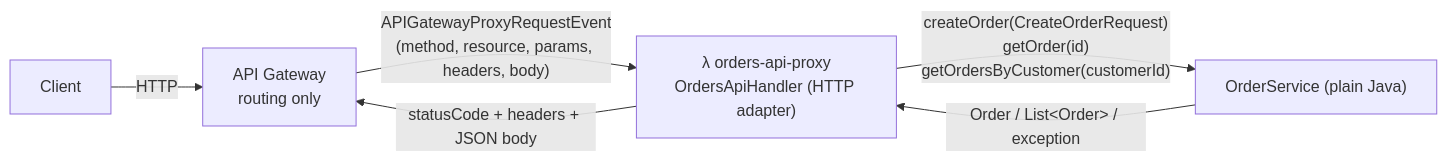
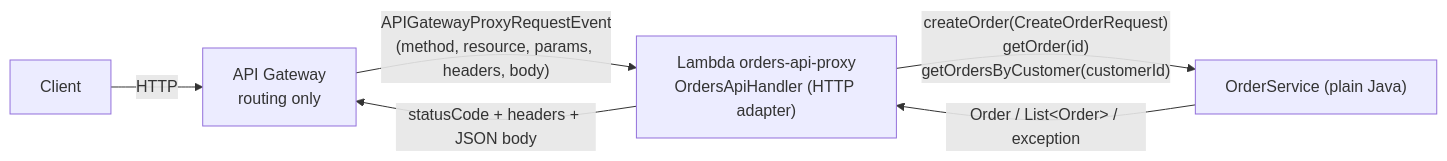
Before and after one commit to Valentina-33/orders-api: the third of 4 diagrams in README.md, drawn with Mermaid. The commit also changed other lines of this file and 6 other files, not shown here.

````diff
--- a/README.md
+++ b/README.md
@@ -444,8 +447,8 @@
 ```mermaid
 flowchart LR
     C[Client] -->|HTTP| G["API Gateway<br/>routing only"]
-    G -->|"APIGatewayProxyRequestEvent<br/>(method, resource, params, headers, body)"| H["λ orders-api-proxy<br/>OrdersApiHandler (HTTP adapter)"]
+    G -->|"APIGatewayProxyRequestEvent<br/>(method, resource, params, headers, body)"| H["Lambda orders-api-proxy<br/>OrdersApiHandler (HTTP adapter)"]
     H -->|"createOrder(CreateOrderRequest)<br/>getOrder(id)<br/>getOrdersByCustomer(customerId)"| S["OrderService (plain Java)"]
     S -->|"Order / List&lt;Order&gt; / exception"| H
     H -->|"statusCode + headers + JSON body"| G
 ```
````
